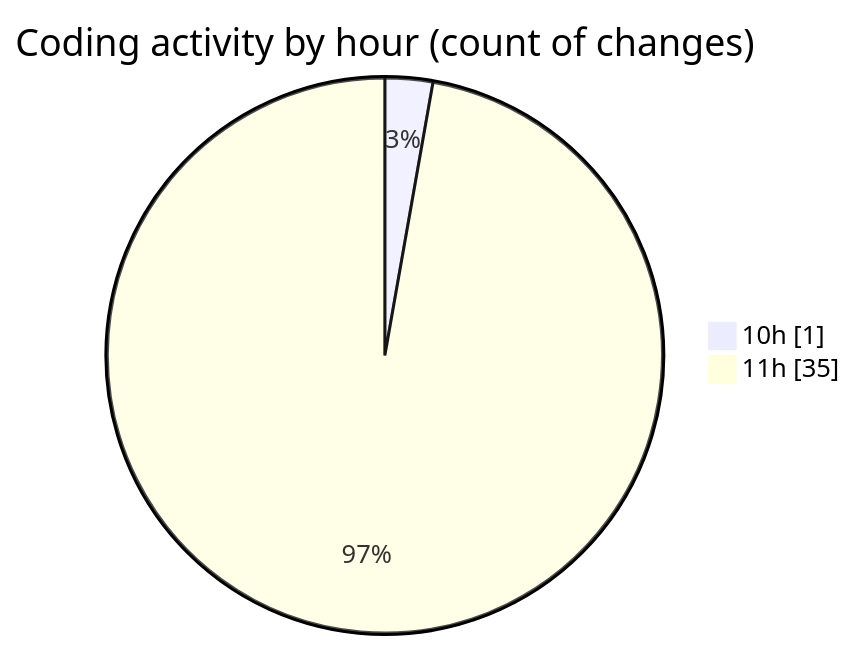
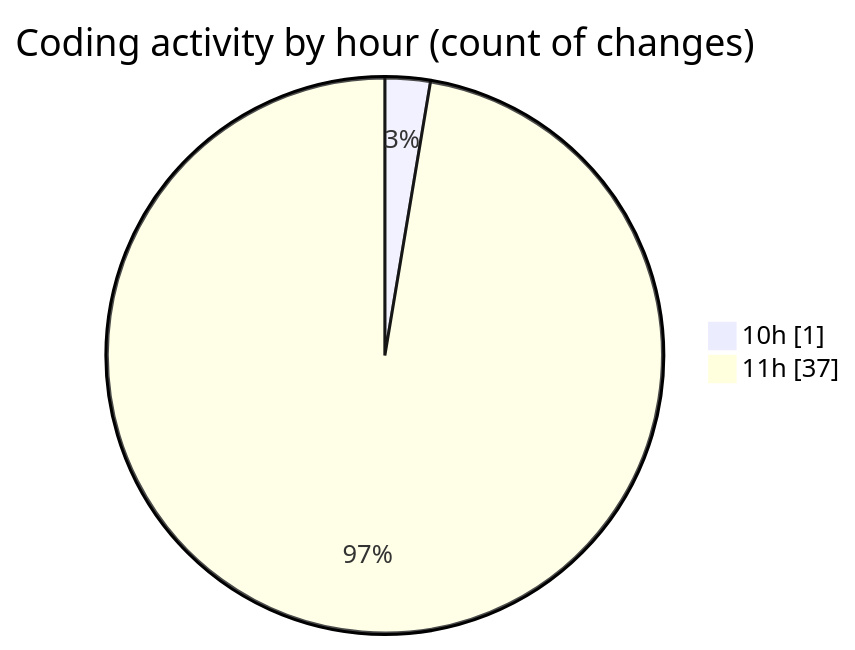
One commit to nxtqubesakshisongat/code-tracking changed the second of 2 diagrams in 2025-06-25/nxtqube_webapp/README.md. Above: the diagram before and after it, drawn with Mermaid. The commit also changed other lines of this file and 1 other file, not shown here.

````diff
--- a/2025-06-25/nxtqube_webapp/README.md
+++ b/2025-06-25/nxtqube_webapp/README.md
@@ -33,6 +33,6 @@
 ```mermaid
 pie showData
 title Coding activity by hour (count of changes)
 "10h" : 1
-"11h" : 35
+"11h" : 37
 ```
````
